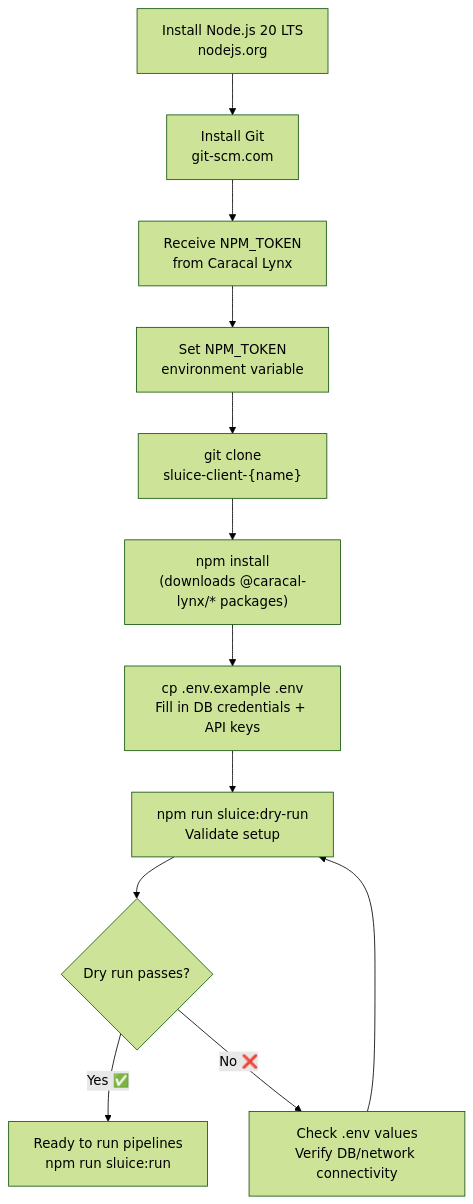
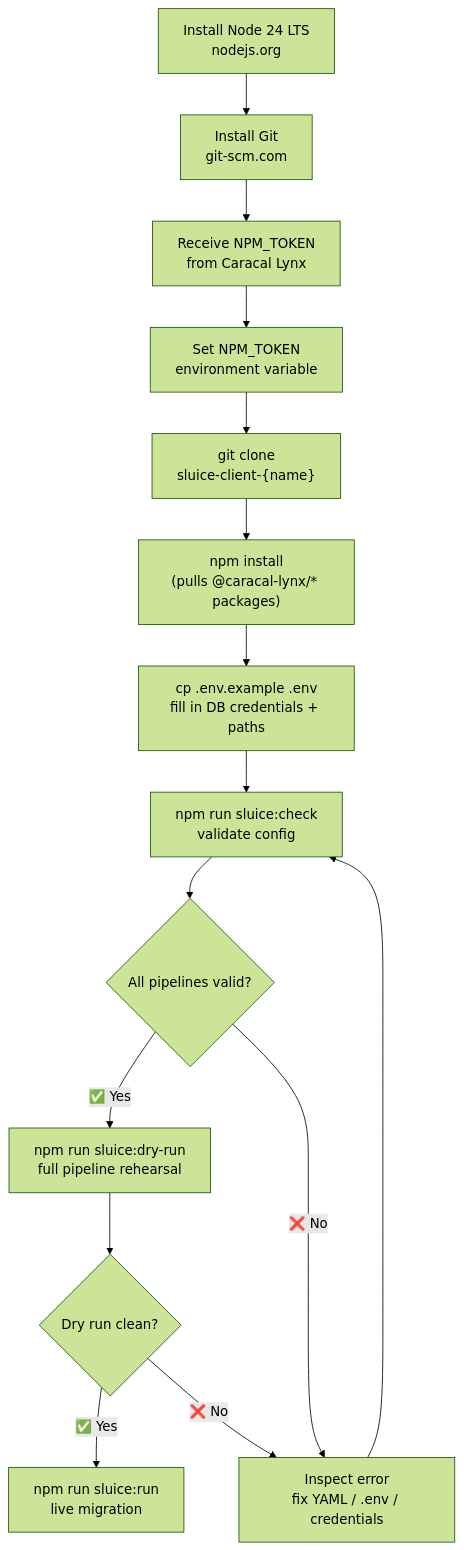
One commit to caracal-lynx/sluice changed the second of 2 diagrams in docs/PHASE-05-DEVELOPMENT-WORKFLOW.md. Above: the diagram before and after it, drawn with Mermaid (forest theme). The commit also changed other lines of this file and 16 other files, not shown here.

Commit message:
[master] - 📝 Update company name from "Caracal Lynx Limited" to "Caracal Lynx Ltd." across multiple documentation files for consistency. 📄✨

````diff
--- a/docs/PHASE-05-DEVELOPMENT-WORKFLOW.md
+++ b/docs/PHASE-05-DEVELOPMENT-WORKFLOW.md
@@ -862,14 +732,17 @@
 ```mermaid
 flowchart TD
-    A["Install Node.js 20 LTS\nnodejs.org"] --> B["Install Git\ngit-scm.com"]
-    B --> C["Receive NPM_TOKEN\nfrom Caracal Lynx"]
-    C --> D["Set NPM_TOKEN\nenvironment variable"]
-    D --> E["git clone\nsluice-client-{name}"]
-    E --> F["npm install\n(downloads @caracal-lynx/* packages)"]
-    F --> G["cp .env.example .env\nFill in DB credentials + API keys"]
-    G --> H["npm run sluice:dry-run\nValidate setup"]
-    H --> I{Dry run passes?}
-    I -->|Yes ✅| J["Ready to run pipelines\nnpm run sluice:run"]
-    I -->|No ❌| K["Check .env values\nVerify DB/network connectivity"]
+    A["Install Node 24 LTS<br/>nodejs.org"] --> B["Install Git<br/>git-scm.com"]
+    B --> C["Receive NPM_TOKEN<br/>from Caracal Lynx"]
+    C --> D["Set NPM_TOKEN<br/>environment variable"]
+    D --> E["git clone<br/>sluice-client-{name}"]
+    E --> F["npm install<br/>(pulls @caracal-lynx/* packages)"]
+    F --> G["cp .env.example .env<br/>fill in DB credentials + paths"]
+    G --> H["npm run sluice:check<br/>validate config"]
+    H --> I{"All pipelines valid?"}
+    I -->|✅ Yes| J["npm run sluice:dry-run<br/>full pipeline rehearsal"]
+    I -->|❌ No| K["Inspect error<br/>fix YAML / .env / credentials"]
     K --> H
+    J --> L{"Dry run clean?"}
+    L -->|✅ Yes| M["npm run sluice:run<br/>live migration"]
+    L -->|❌ No| K
 ```
````
